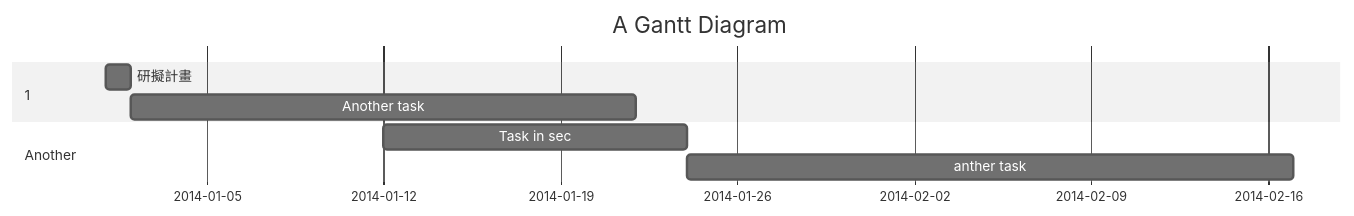
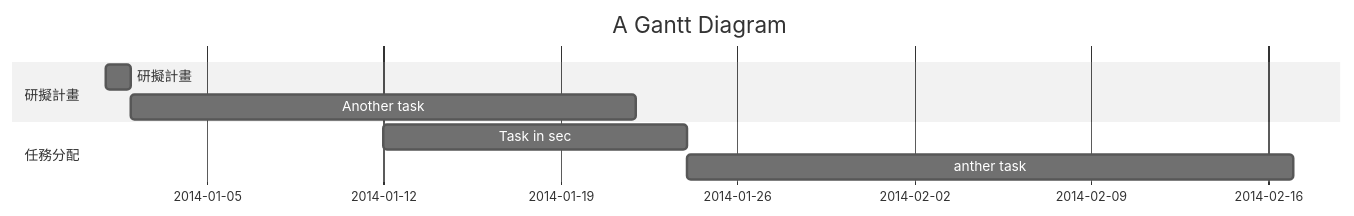
Before and after one commit to YuenHoYeung/2022-3a: the diagram in hw2.md, drawn with Mermaid (neutral theme).

````diff
--- a/hw2.md
+++ b/hw2.md
@@ -2,11 +2,11 @@
 ```mermaid
 gantt
     title A Gantt Diagram
 
-    section 1
+    section 研擬計畫 
     研擬計畫          :a1, 2014-01-01, 1d
     Another task     :after a1  , 20d
-    section Another
+    section 任務分配
     Task in sec      :2014-01-12  , 12d
     anther task      : 24d
 ```
````
